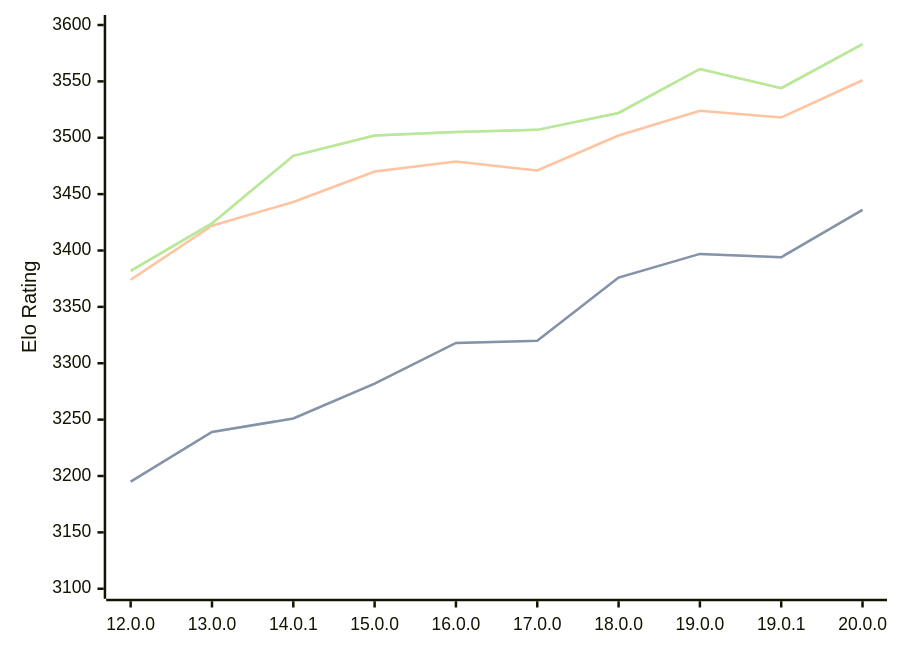
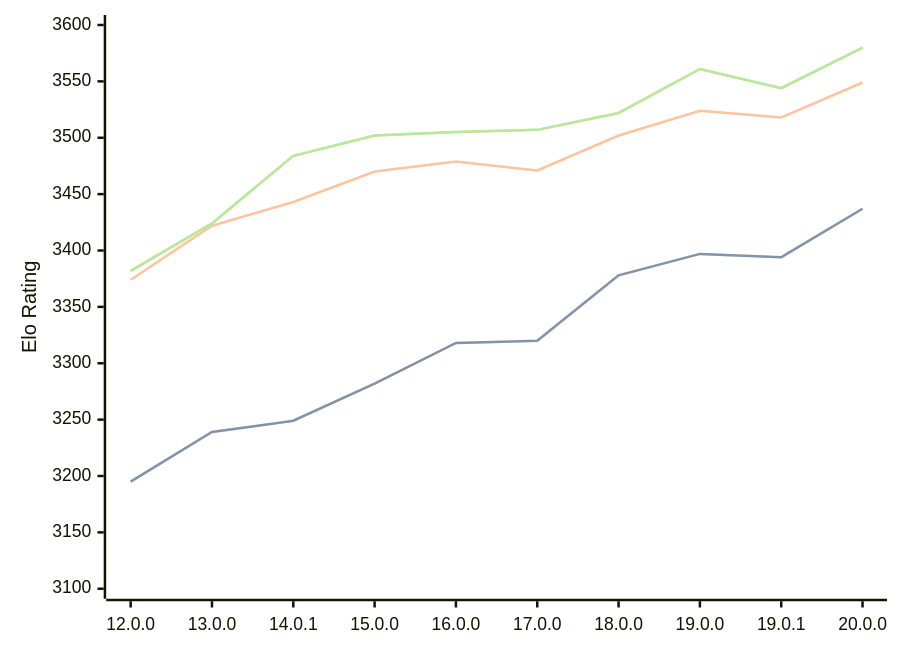
One commit to computer-chess-index/cci changed the diagram in engines/Viridithas.md. Above: the diagram before and after it, drawn with Mermaid. The commit also changed other lines of this file, not shown here.

Commit message:
Update CCI Ratings (ELO VLTC) - 2026-07-28

````diff
--- a/engines/Viridithas.md
+++ b/engines/Viridithas.md
@@ -64,11 +64,11 @@
 ```mermaid
 %%{init: {"theme":"base","themeVariables":{"seriesColors:['#a3a3a3','#222221','#faa371']}}}%%
 xychart-beta
   x-axis ["12.0.0", "13.0.0", "14.0.1", "15.0.0", "16.0.0", "17.0.0", "18.0.0", "19.0.0", "19.0.1", "20.0.0"]
   y-axis "Elo Rating" 3100 --> 3600
-  line "STC (8.0+0.08s)" [3195, 3239, 3251, 3282, 3318, 3320, 3376, 3397, 3394, 3436]
-  line "STC (8.0+0.08s)" [3195, 3239, 3251, 3282, 3318, 3320, 3376, 3397, 3394, 3436]
-  line "LTC (60.0+0.60s)" [3374, 3422, 3443, 3470, 3479, 3471, 3502, 3524, 3518, 3551]
-  line "VLTC (2m24s+1.12s)" [3382, 3424, 3484, 3502, 3505, 3507, 3522, 3561, 3544, 3583]
-  line "VLTC (2m24s+1.12s)" [3382, 3424, 3484, 3502, 3505, 3507, 3522, 3561, 3544, 3583]
+  line "STC (8.0+0.08s)" [3195, 3239, 3249, 3282, 3318, 3320, 3378, 3397, 3394, 3437]
+  line "STC (8.0+0.08s)" [3195, 3239, 3249, 3282, 3318, 3320, 3378, 3397, 3394, 3437]
+  line "LTC (60.0+0.60s)" [3374, 3422, 3443, 3470, 3479, 3471, 3502, 3524, 3518, 3549]
+  line "VLTC (2m24s+1.12s)" [3382, 3424, 3484, 3502, 3505, 3507, 3522, 3561, 3544, 3580]
+  line "VLTC (2m24s+1.12s)" [3382, 3424, 3484, 3502, 3505, 3507, 3522, 3561, 3544, 3580]
 ```
````
